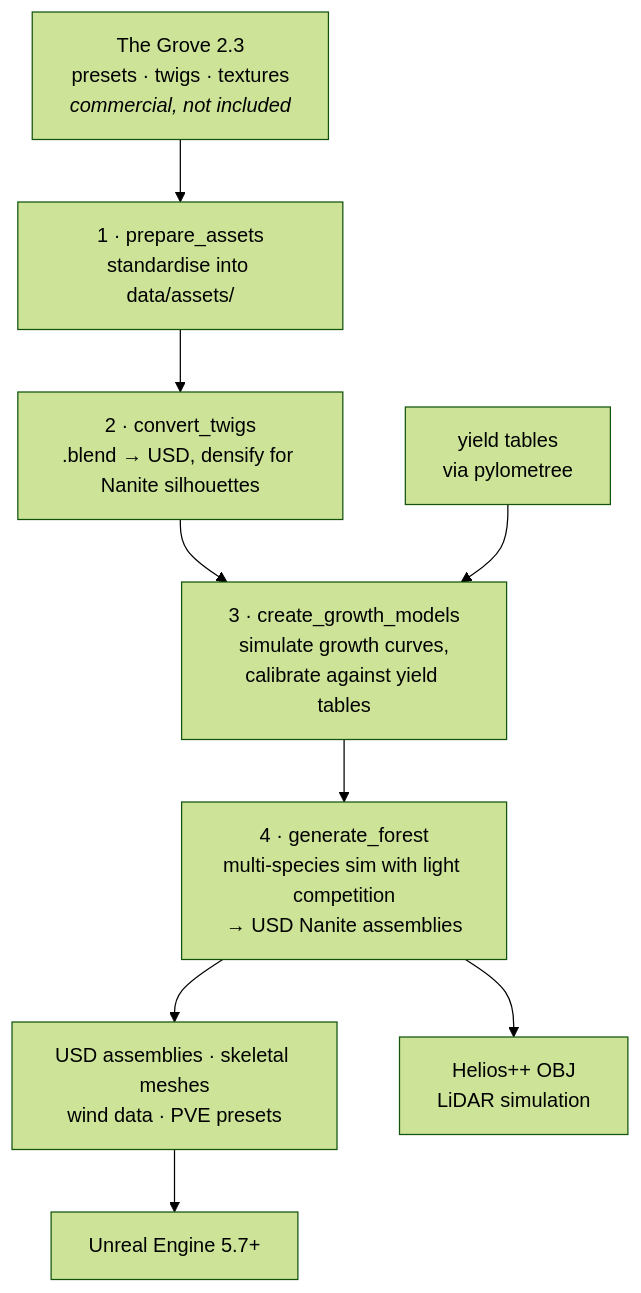
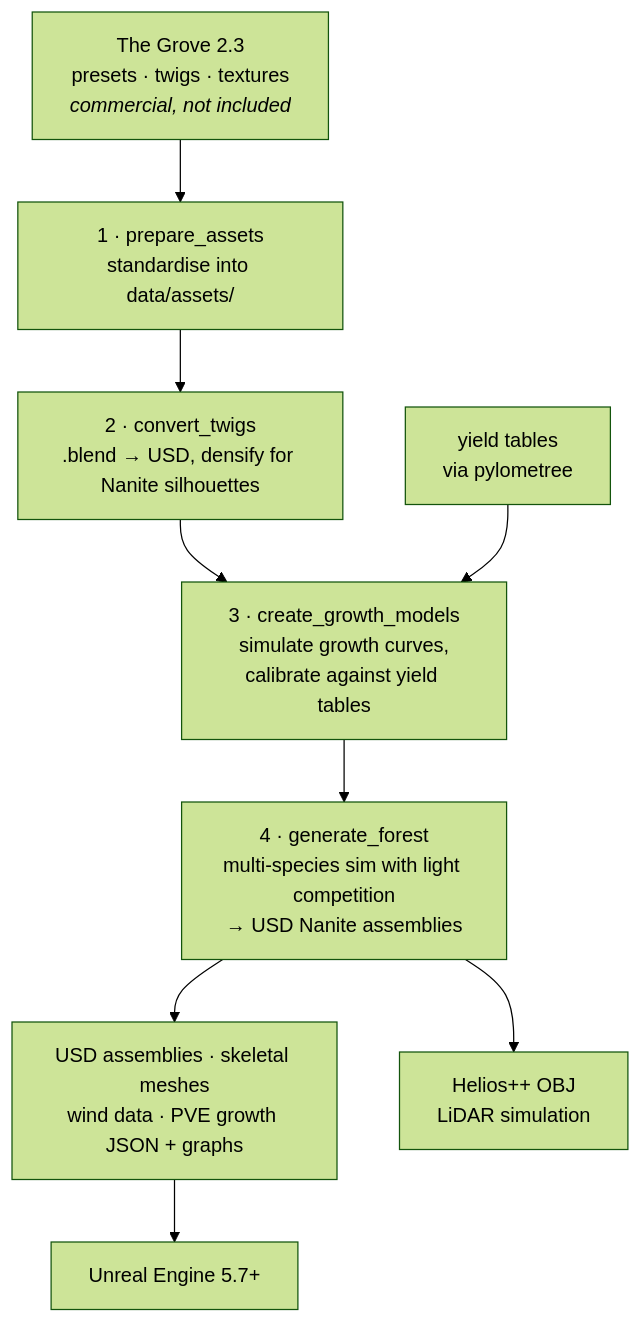
The diagram in README.md (XRFutureForests/growpy), drawn with Mermaid (forest theme) before and after one commit. The commit also changed other lines of this file and 11 other files, not shown here.

````diff
--- a/README.md
+++ b/README.md
@@ -18,15 +18,15 @@
 ```mermaid
 flowchart TB
     GROVE["The Grove 2.3<br/>presets · twigs · textures<br/><i>commercial, not included</i>"]
     S1["1 · prepare_assets<br/>standardise into data/assets/"]
     S2["2 · convert_twigs<br/>.blend → USD, densify for Nanite silhouettes"]
     S3["3 · create_growth_models<br/>simulate growth curves,<br/>calibrate against yield tables"]
     S4["4 · generate_forest<br/>multi-species sim with light competition<br/>→ USD Nanite assemblies"]
     YT["yield tables<br/>via pylometree"]
-    OUT["USD assemblies · skeletal meshes<br/>wind data · PVE presets"]
+    OUT["USD assemblies · skeletal meshes<br/>wind data · PVE growth JSON + graphs"]
     UE["Unreal Engine 5.7+"]
     HEL["Helios++ OBJ<br/>LiDAR simulation"]
     GROVE --> S1 --> S2 --> S3 --> S4 --> OUT --> UE
     YT --> S3
     S4 --> HEL
 ```
````
